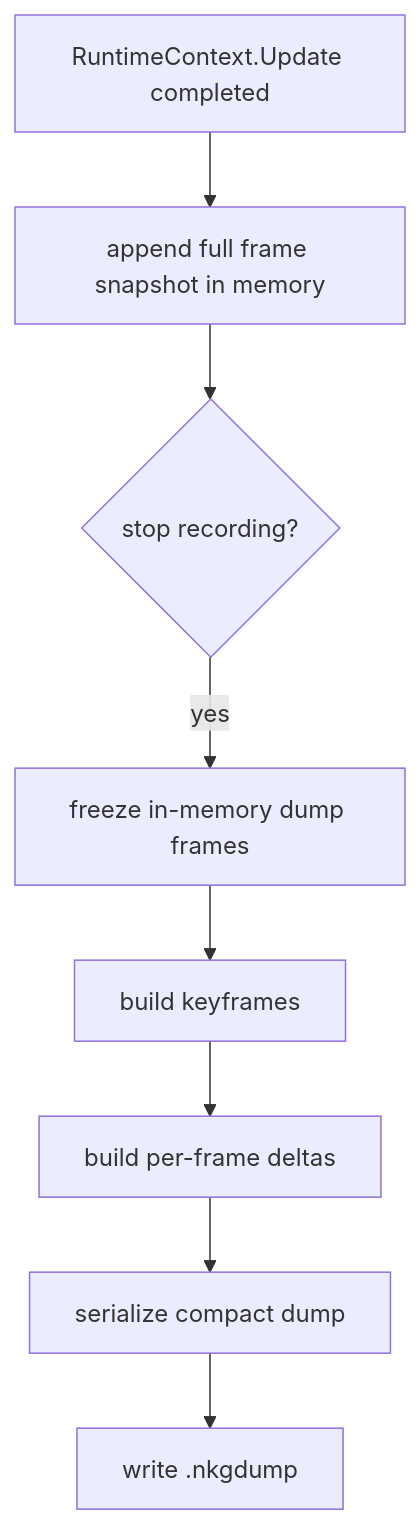
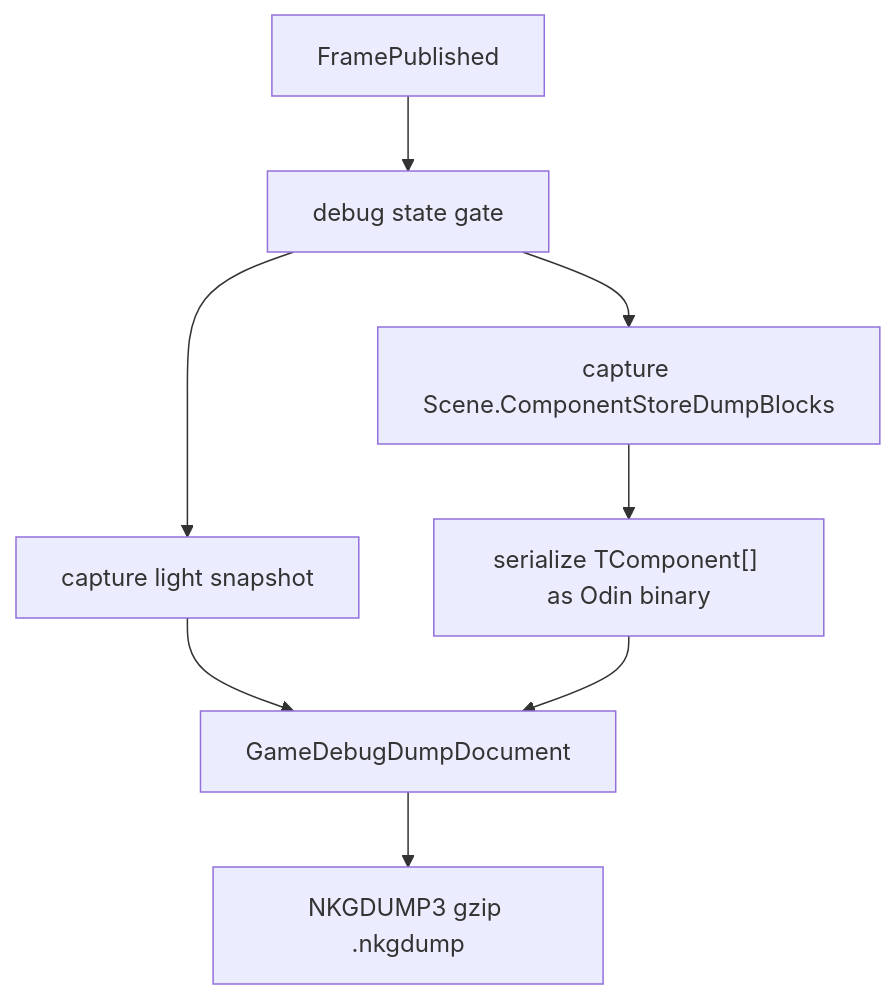
Before and after one commit to wqaetly/NKGGameFramework: the second of 2 diagrams in docs/debug-and-dump.md, drawn with Mermaid. The commit also changed other lines of this file and 38 other files, not shown here.

First line of the commit message:
完善 WebDebug dump 与暂停写回流程

````diff
--- a/docs/debug-and-dump.md
+++ b/docs/debug-and-dump.md
@@ -54,10 +57,10 @@
 ```mermaid
 flowchart TD
-    Frame["RuntimeContext.Update completed"] --> Capture["append full frame snapshot in memory"]
-    Capture --> Stop{"stop recording?"}
-    Stop -->|yes| Freeze["freeze in-memory dump frames"]
-    Freeze --> Keyframe["build keyframes"]
-    Keyframe --> Delta["build per-frame deltas"]
-    Delta --> Serialize["serialize compact dump"]
-    Serialize --> File["write .nkgdump"]
+    Tick["FramePublished"] --> Lock["debug state gate"]
+    Lock --> Snapshot["capture light snapshot"]
+    Lock --> Stores["capture Scene.ComponentStoreDumpBlocks"]
+    Stores --> Odin["serialize TComponent[] as Odin binary"]
+    Snapshot --> Document["GameDebugDumpDocument"]
+    Odin --> Document
+    Document --> File["NKGDUMP3 gzip .nkgdump"]
 ```
````
